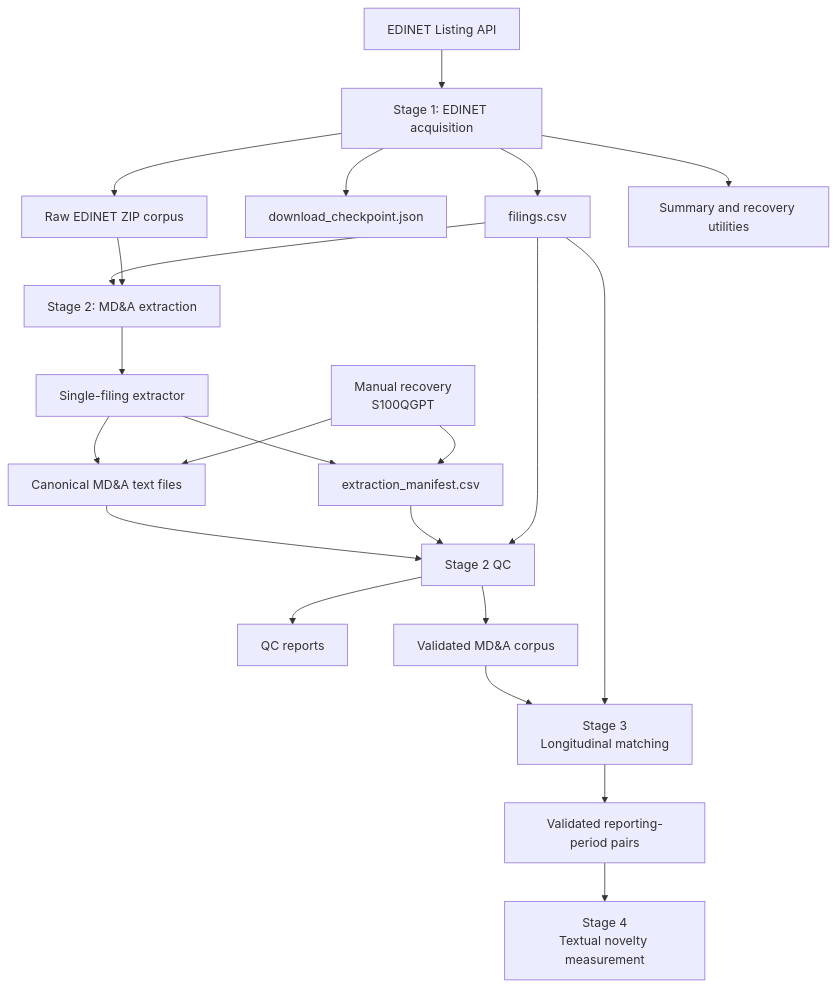
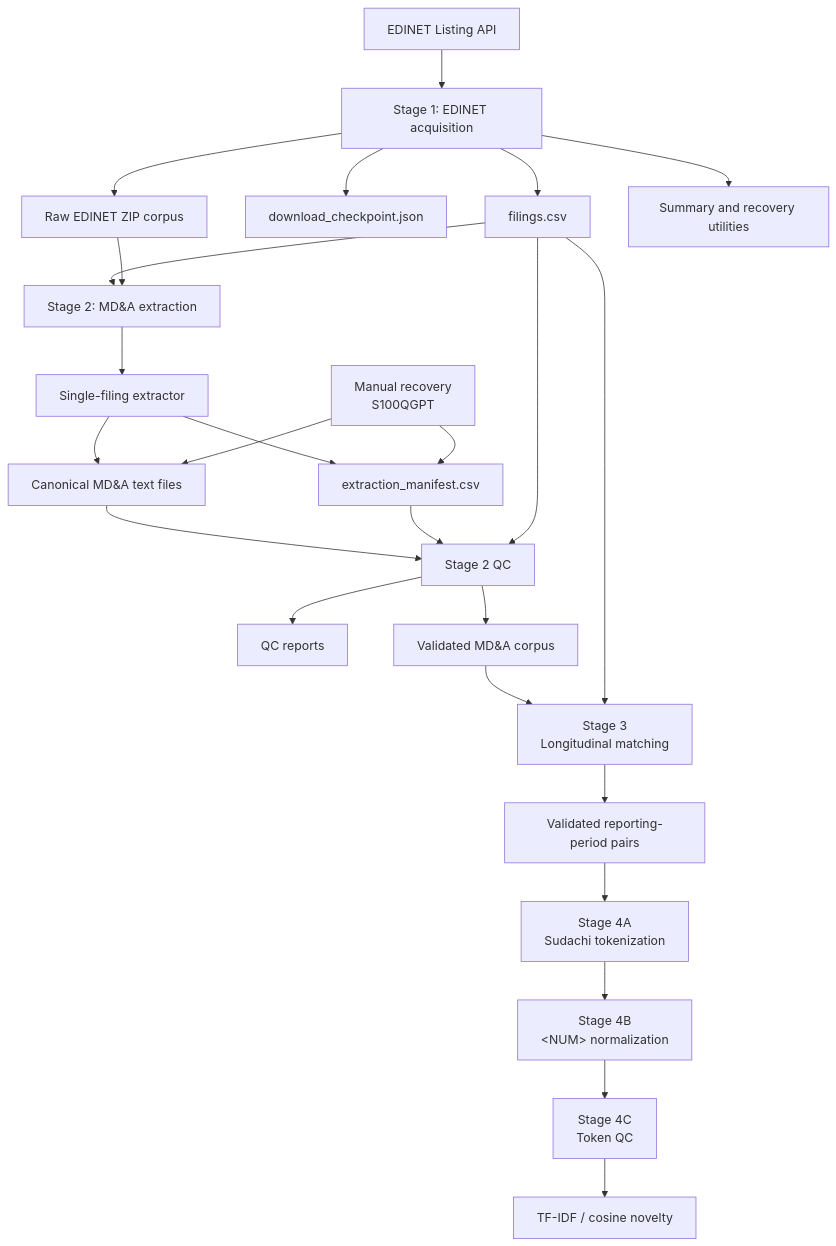
The first of 5 diagrams in docs/paper2/pipeline_overview.md (markblefevre/phd_research_pipeline), drawn with Mermaid before and after one commit. The commit also changed other lines of this file and 1 other file, not shown here.

````diff
--- a/docs/paper2/pipeline_overview.md
+++ b/docs/paper2/pipeline_overview.md
@@ -18,32 +18,35 @@
 ```mermaid
 flowchart TD
 
     A[EDINET Listing API] --> B[Stage 1: EDINET acquisition]
 
     B --> C[filings.csv]
     B --> D[download_checkpoint.json]
     B --> E[Raw EDINET ZIP corpus]
     B --> F[Summary and recovery utilities]
 
     C --> G[Stage 2: MD&A extraction]
     E --> G
 
     G --> H[Single-filing extractor]
     H --> I[Canonical MD&A text files]
     H --> J[extraction_manifest.csv]
 
     I --> K[Stage 2 QC]
     J --> K
     C --> K
 
     K --> L[QC reports]
     K --> M[Validated MD&A corpus]
 
     N[Manual recovery<br/>S100QGPT] --> I
     N --> J
 
     M --> O[Stage 3<br/>Longitudinal matching]
     C --> O
     O --> P[Validated reporting-period pairs]
-    P --> Q[Stage 4<br/>Textual novelty measurement]
+    P --> Q[Stage 4A<br/>Sudachi tokenization]
+    Q --> R[Stage 4B<br/>&lt;NUM&gt; normalization]
+    R --> S[Stage 4C<br/>Token QC]
+    S --> T[TF-IDF / cosine novelty]
 ```
````
